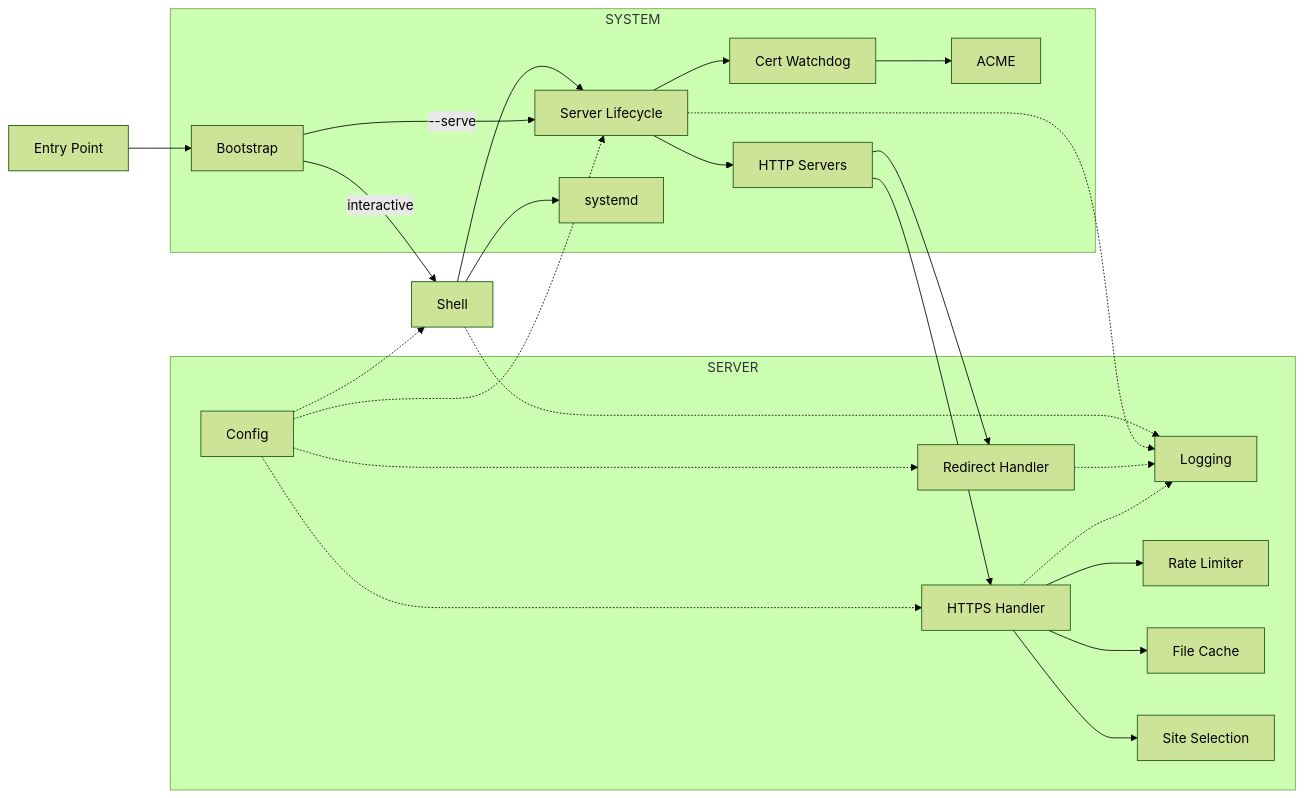
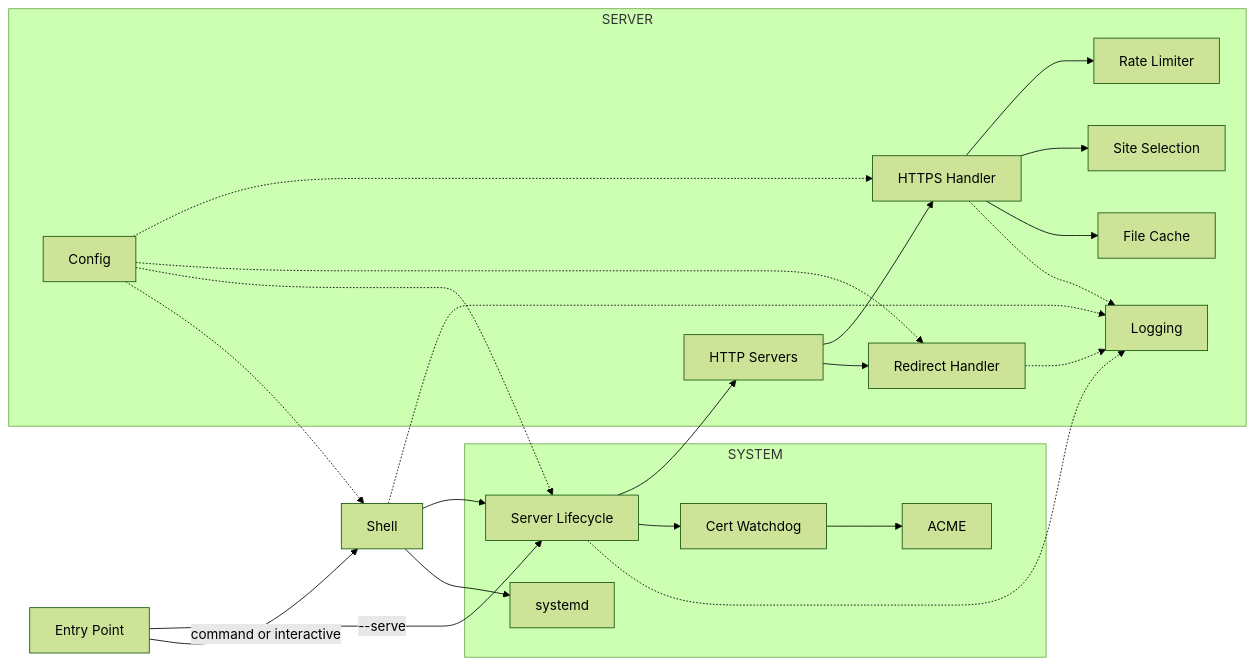
Before and after one commit to andy-emerson/Servette: the diagram in DESIGN.md, drawn with Mermaid (forest theme). The commit also changed other lines of this file and 2 other files, not shown here.

````diff
--- a/DESIGN.md
+++ b/DESIGN.md
@@ -61,53 +61,51 @@
 ```mermaid
 graph LR
     EP[Entry Point]
 
     subgraph SERVER
         CFG[Config]
         LOG[Logging]
         RL[Rate Limiter]
         FC[File Cache]
         SEL[Site Selection]
         HTTPS[HTTPS Handler]
         HTTP[Redirect Handler]
+        ASG[HTTP Servers]
     end
 
     subgraph SYSTEM
-        BS[Bootstrap]
         SRV[Server Lifecycle]
-        ASG[HTTP Servers]
         CW[Cert Watchdog]
         ACME[ACME]
         SD[systemd]
     end
 
     SH[Shell]
 
     CFG -.-> HTTPS
     CFG -.-> HTTP
     CFG -.-> SRV
     CFG -.-> SH
 
-    EP --> BS
-    BS -->|--serve| SRV
-    BS -->|interactive| SH
+    EP -->|--serve| SRV
+    EP -->|command or interactive| SH
 
     SH --> SRV
     SH --> SD
 
     SRV --> ASG
     SRV --> CW
     ASG --> HTTPS
     ASG --> HTTP
 
     CW --> ACME
 
     HTTPS --> RL
     HTTPS --> SEL
     HTTPS --> FC
 
     HTTPS -.-> LOG
     HTTP -.-> LOG
     SRV -.-> LOG
     SH -.-> LOG
 ```
````
